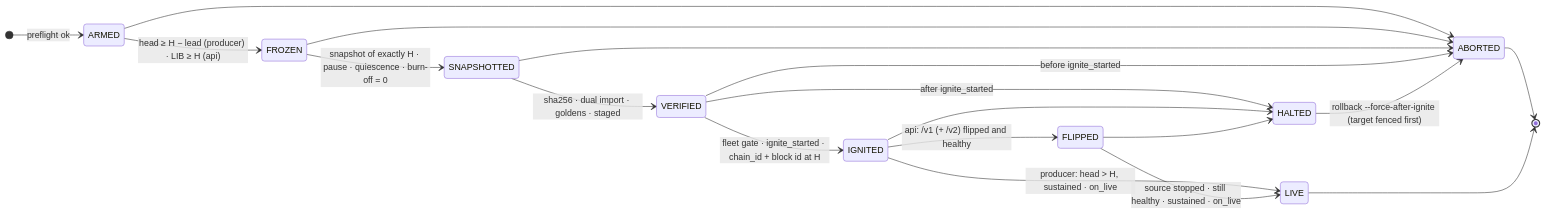
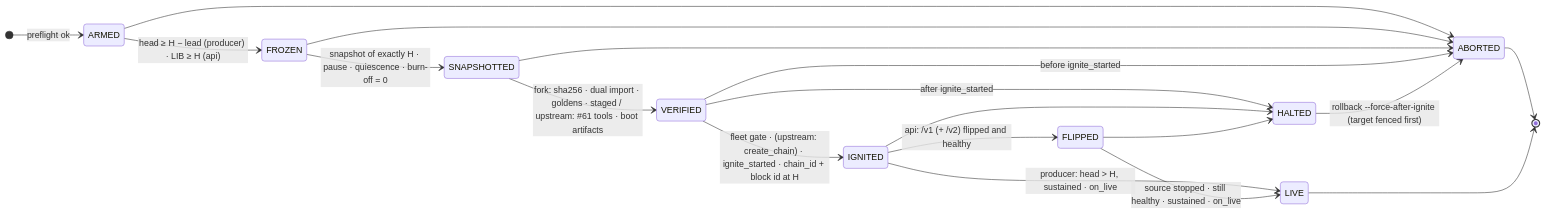
One commit to paulgnz/pulse-cutover changed the diagram in docs/DESIGN.md. Above: the diagram before and after it, drawn with Mermaid. The commit also changed other lines of this file and 11 other files, not shown here.

````diff
--- a/docs/DESIGN.md
+++ b/docs/DESIGN.md
@@ -69,22 +69,22 @@
 ```mermaid
 stateDiagram-v2
     direction LR
     [*] --> ARMED: preflight ok
     ARMED --> FROZEN: head ≥ H − lead (producer) · LIB ≥ H (api)
     FROZEN --> SNAPSHOTTED: snapshot of exactly H · pause · quiescence · burn-off = 0
-    SNAPSHOTTED --> VERIFIED: sha256 · dual import · goldens · staged
-    VERIFIED --> IGNITED: fleet gate · ignite_started · chain_id + block id at H
+    SNAPSHOTTED --> VERIFIED: fork: sha256 · dual import · goldens · staged / upstream: #61 tools · boot artifacts
+    VERIFIED --> IGNITED: fleet gate · (upstream: create_chain) · ignite_started · chain_id + block id at H
     IGNITED --> LIVE: producer: head > H, sustained · on_live
     IGNITED --> FLIPPED: api: /v1 (+ /v2) flipped and healthy
     FLIPPED --> LIVE: source stopped · still healthy · sustained · on_live
     ARMED --> ABORTED
     FROZEN --> ABORTED
     SNAPSHOTTED --> ABORTED
     VERIFIED --> ABORTED: before ignite_started
     VERIFIED --> HALTED: after ignite_started
     IGNITED --> HALTED
     FLIPPED --> HALTED
     HALTED --> ABORTED: rollback --force-after-ignite (target fenced first)
     ABORTED --> [*]
     LIVE --> [*]
 ```
````
